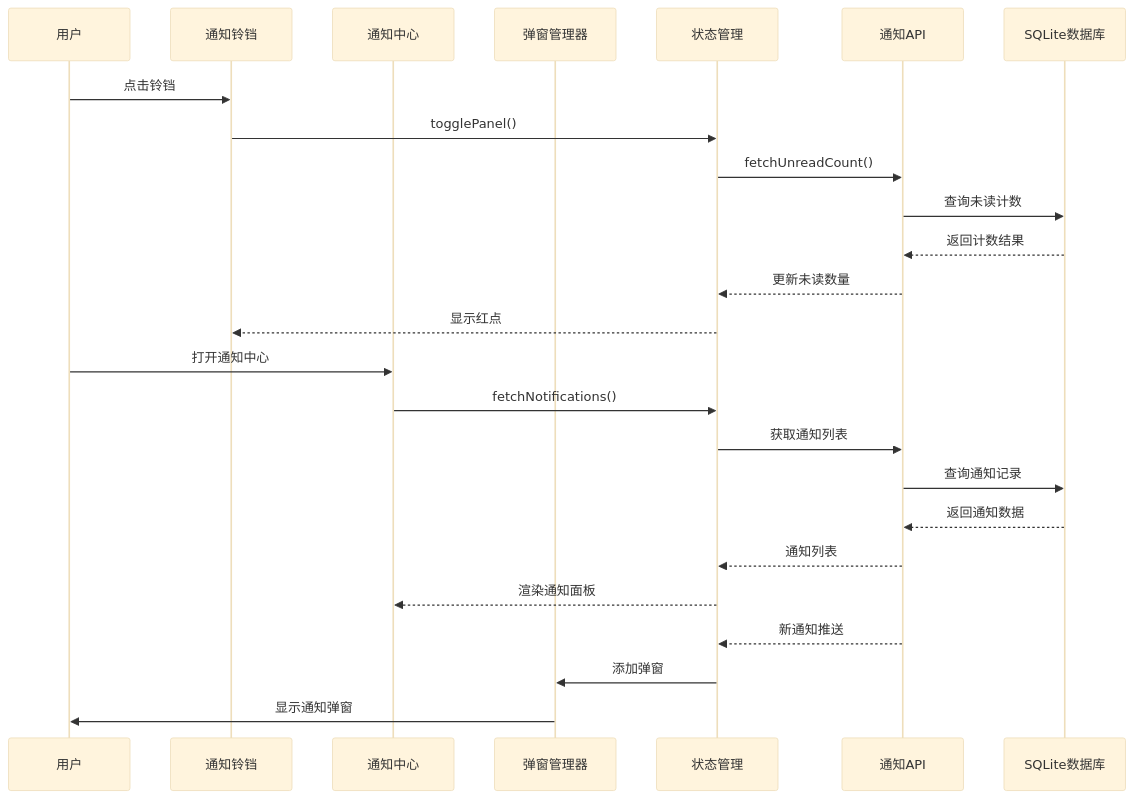
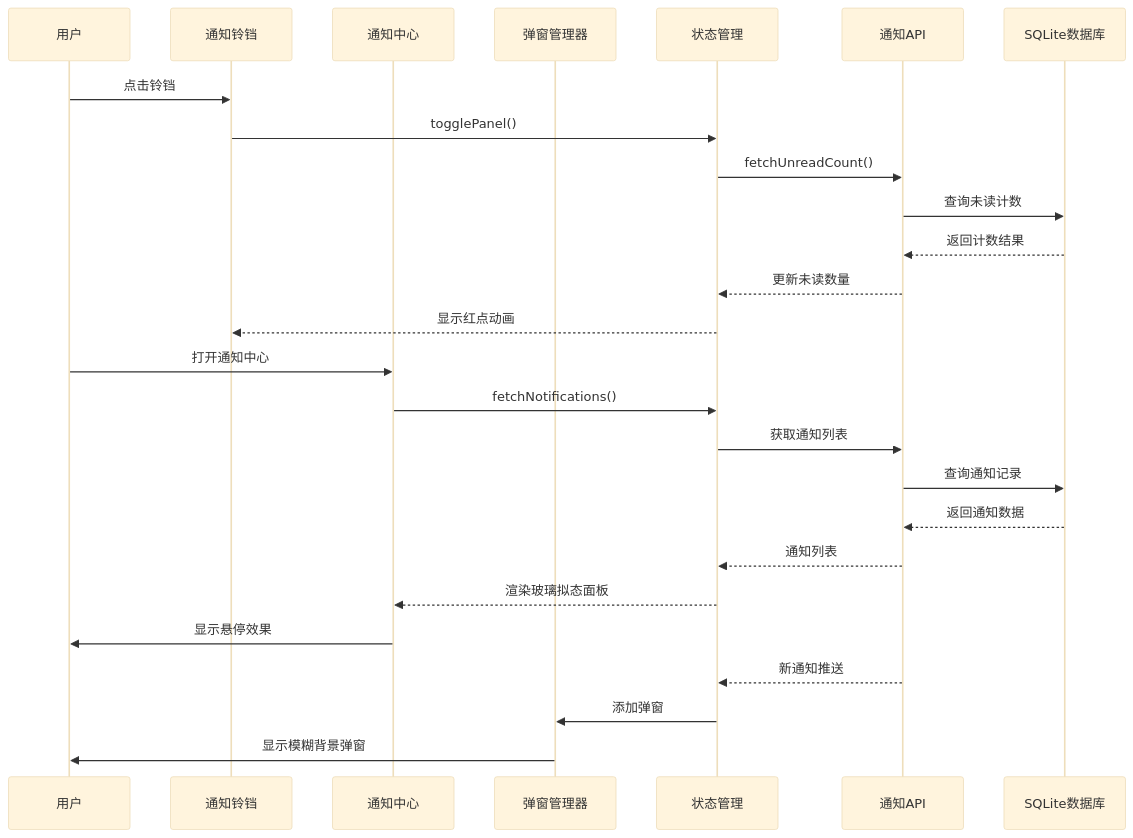
Before and after one commit to CubeEdge/Longhorn: the second of 7 diagrams in .qoder/repowiki/zh/content/Notification Mechanism.md, drawn with Mermaid (base theme). The commit also changed other lines of this file and 118 other files, not shown here.

````diff
--- a/.qoder/repowiki/zh/content/Notification Mechanism.md
+++ b/.qoder/repowiki/zh/content/Notification Mechanism.md
@@ -105,27 +124,28 @@
 ```mermaid
 sequenceDiagram
 participant User as 用户
 participant Bell as 通知铃铛
 participant Center as 通知中心
 participant Popup as 弹窗管理器
 participant Store as 状态管理
 participant API as 通知API
 participant DB as SQLite数据库
 User->>Bell : 点击铃铛
 Bell->>Store : togglePanel()
 Store->>API : fetchUnreadCount()
 API->>DB : 查询未读计数
 DB-->>API : 返回计数结果
 API-->>Store : 更新未读数量
-Store-->>Bell : 显示红点
+Store-->>Bell : 显示红点动画
 User->>Center : 打开通知中心
 Center->>Store : fetchNotifications()
 Store->>API : 获取通知列表
 API->>DB : 查询通知记录
 DB-->>API : 返回通知数据
 API-->>Store : 通知列表
-Store-->>Center : 渲染通知面板
+Store-->>Center : 渲染玻璃拟态面板
+Center->>User : 显示悬停效果
 API-->>Store : 新通知推送
 Store->>Popup : 添加弹窗
-Popup->>User : 显示通知弹窗
+Popup->>User : 显示模糊背景弹窗
 ```
````
